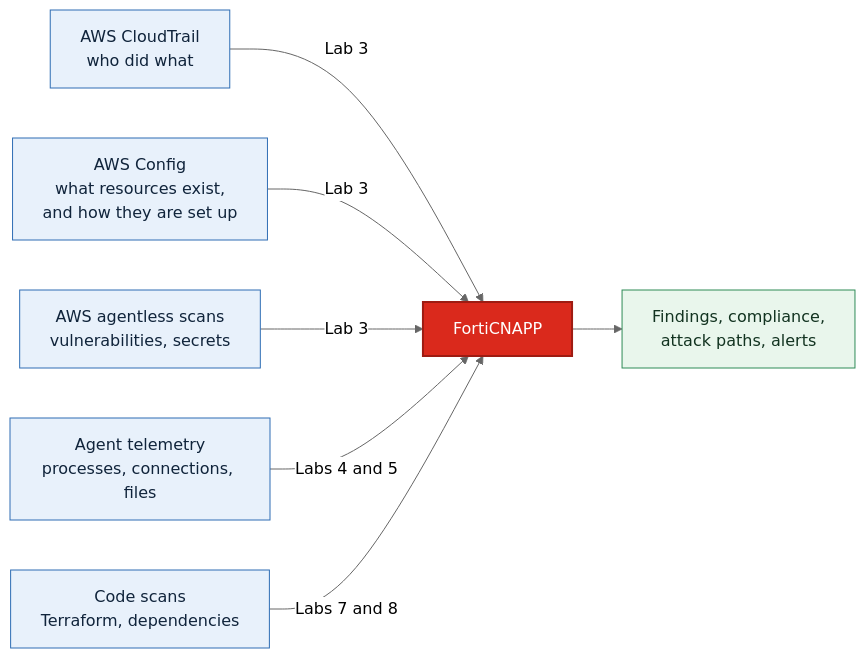
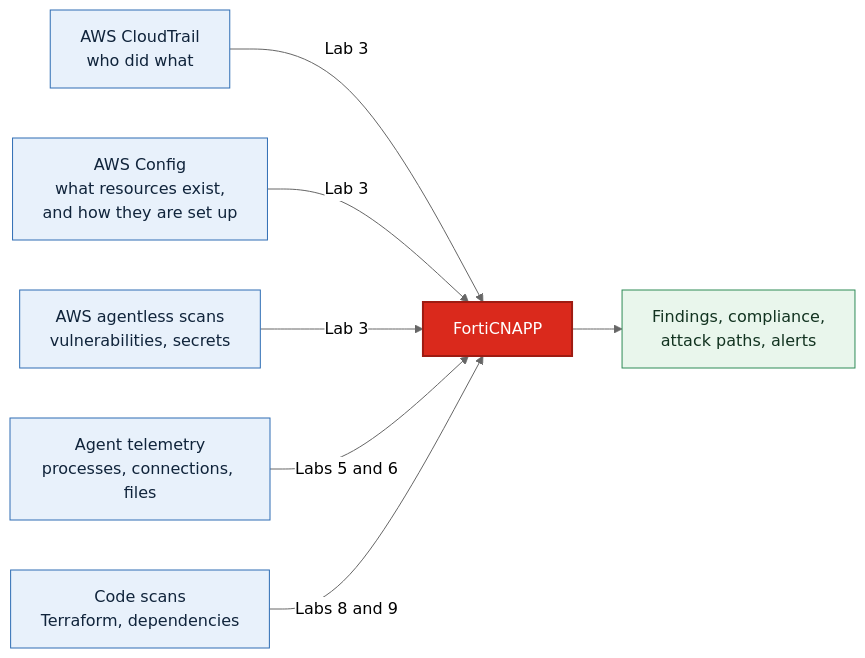
Before and after one commit to andrewbearsley/forticnapp-workshop-aws-automated: the diagram in README.md, drawn with Mermaid (neutral theme). The commit also changed other lines of this file and 46 other files, not shown here.

````diff
--- a/README.md
+++ b/README.md
@@ -30,17 +30,17 @@
 ```mermaid
 flowchart LR
     CT["AWS CloudTrail<br/>who did what"] -->|Lab 3| F
     CFG["AWS Config<br/>what resources exist,<br/>and how they are set up"] -->|Lab 3| F
     AL["AWS agentless scans<br/>vulnerabilities, secrets"] -->|Lab 3| F
-    AG["Agent telemetry<br/>processes, connections, files"] -->|Labs 4 and 5| F
-    SC["Code scans<br/>Terraform, dependencies"] -->|Labs 7 and 8| F
+    AG["Agent telemetry<br/>processes, connections, files"] -->|Labs 5 and 6| F
+    SC["Code scans<br/>Terraform, dependencies"] -->|Labs 8 and 9| F
     F["FortiCNAPP"] --> OUT["Findings, compliance,<br/>attack paths, alerts"]
 
     classDef source fill:#E8F1FB,stroke:#2E6DB4,stroke-width:1px,color:#10243B
     classDef platform fill:#DA291C,stroke:#9E1B12,stroke-width:2px,color:#FFFFFF
     classDef output fill:#E9F6EC,stroke:#2E8B57,stroke-width:1px,color:#123320
 
     class CT,CFG,AL,AG,SC source
     class F platform
     class OUT output
 ```
````
